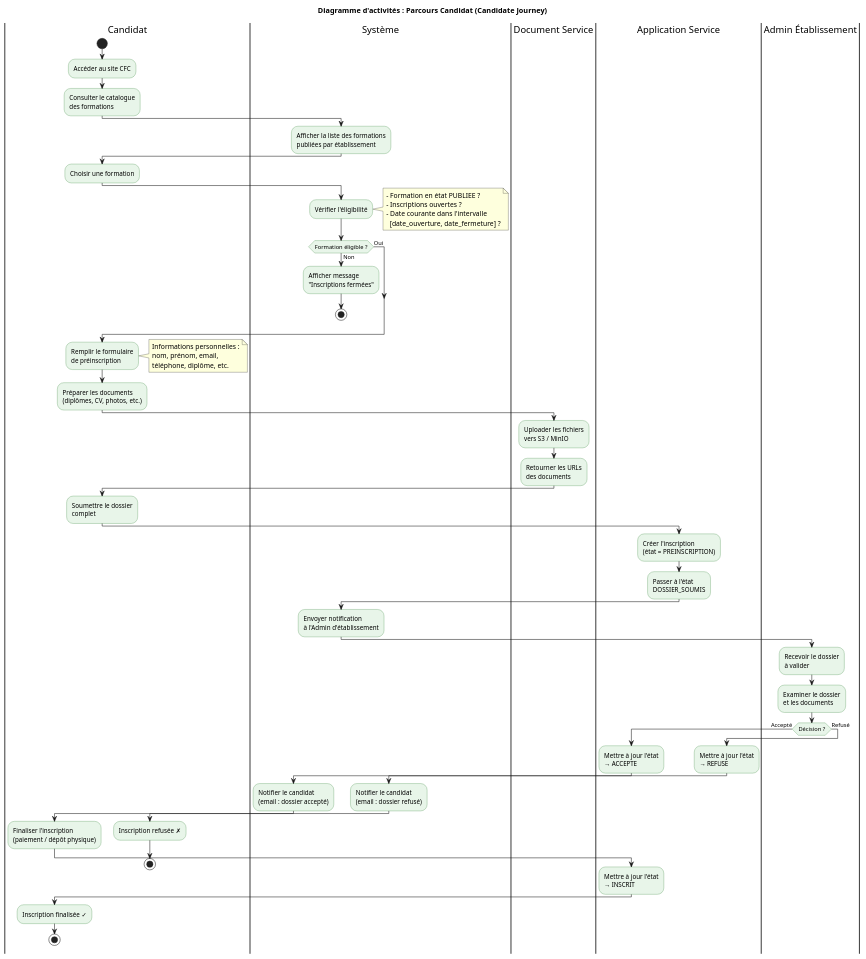
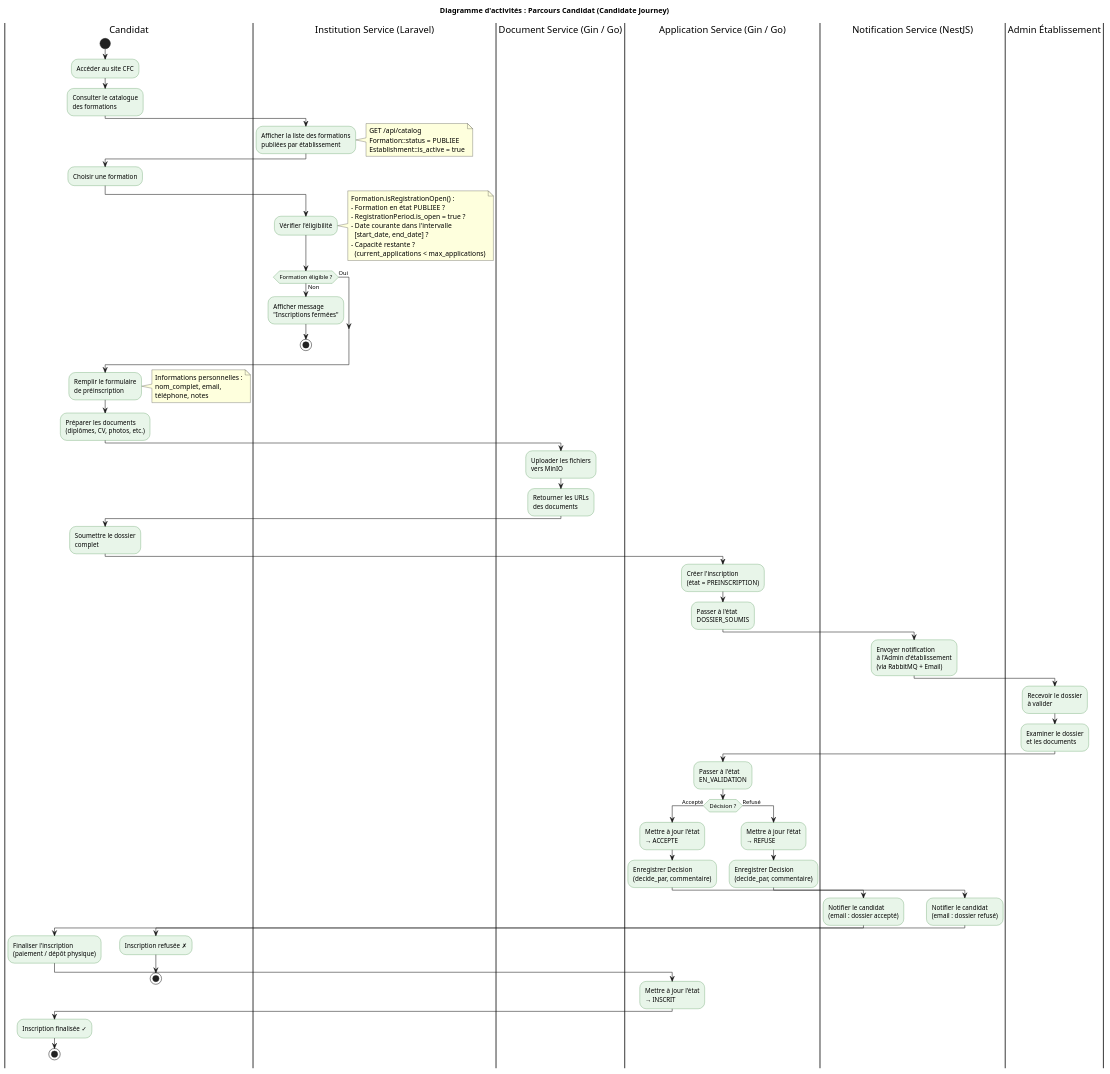
Before and after one commit to aminemanssouri/FST-CFC: the diagram in docs/5_activity_diagram.puml, drawn with PlantUML. The commit also changed other lines of this file and 8 other files, not shown here.

Commit message:
docs: Add system diagrams including sequence, state, activity, class, and use cases.

```diff
--- a/docs/5_activity_diagram.puml
+++ b/docs/5_activity_diagram.puml
@@ -1,87 +1,102 @@
 @startuml
 title Diagramme d'activités : Parcours Candidat (Candidate Journey)
 skinparam activityBackgroundColor #E8F5E9
 skinparam activityBorderColor #2E7D32
 
 |Candidat|
 start
 :Accéder au site CFC;
 :Consulter le catalogue\ndes formations;
 
-|Système|
+|Institution Service (Laravel)|
 :Afficher la liste des formations\npubliées par établissement;
+note right
+  GET /api/catalog
+  Formation::status = PUBLIEE
+  Establishment::is_active = true
+end note
 
 |Candidat|
 :Choisir une formation;
 
-|Système|
+|Institution Service (Laravel)|
 :Vérifier l'éligibilité;
 note right
+  Formation.isRegistrationOpen() :
   - Formation en état PUBLIEE ?
-  - Inscriptions ouvertes ?
+  - RegistrationPeriod.is_open = true ?
   - Date courante dans l'intervalle
-    [date_ouverture, date_fermeture] ?
+    [start_date, end_date] ?
+  - Capacité restante ?
+    (current_applications < max_applications)
 end note
 
 if (Formation éligible ?) then (Non)
   :Afficher message\n"Inscriptions fermées";
   stop
 else (Oui)
 endif
 
 |Candidat|
 :Remplir le formulaire\nde préinscription;
 note right
   Informations personnelles :
-  nom, prénom, email,
-  téléphone, diplôme, etc.
+  nom_complet, email,
+  téléphone, notes
 end note
 
 :Préparer les documents\n(diplômes, CV, photos, etc.);
 
-|Document Service|
-:Uploader les fichiers\nvers S3 / MinIO;
+|Document Service (Gin / Go)|
+:Uploader les fichiers\nvers MinIO;
 :Retourner les URLs\ndes documents;
 
 |Candidat|
 :Soumettre le dossier\ncomplet;
 
-|Application Service|
+|Application Service (Gin / Go)|
 :Créer l'inscription\n(état = PREINSCRIPTION);
 :Passer à l'état\nDOSSIER_SOUMIS;
 
-|Système|
-:Envoyer notification\nà l'Admin d'établissement;
+|Notification Service (NestJS)|
+:Envoyer notification\nà l'Admin d'établissement\n(via RabbitMQ + Email);
 
 |Admin Établissement|
 :Recevoir le dossier\nà valider;
 :Examiner le dossier\net les documents;
 
+|Application Service (Gin / Go)|
+:Passer à l'état\nEN_VALIDATION;
+
 if (Décision ?) then (Accepté)
-  |Application Service|
+  |Application Service (Gin / Go)|
   :Mettre à jour l'état\n→ ACCEPTE;
-  |Système|
+  :Enregistrer Decision\n(decide_par, commentaire);
+
+  |Notification Service (NestJS)|
   :Notifier le candidat\n(email : dossier accepté);
 
   |Candidat|
   :Finaliser l'inscription\n(paiement / dépôt physique);
 
-  |Application Service|
+  |Application Service (Gin / Go)|
   :Mettre à jour l'état\n→ INSCRIT;
 
   |Candidat|
   :Inscription finalisée ✓;
   stop
 
 else (Refusé)
-  |Application Service|
+  |Application Service (Gin / Go)|
   :Mettre à jour l'état\n→ REFUSE;
-  |Système|
+  :Enregistrer Decision\n(decide_par, commentaire);
+
+  |Notification Service (NestJS)|
   :Notifier le candidat\n(email : dossier refusé);
 
   |Candidat|
   :Inscription refusée ✗;
   stop
 endif
 
 @enduml
```
